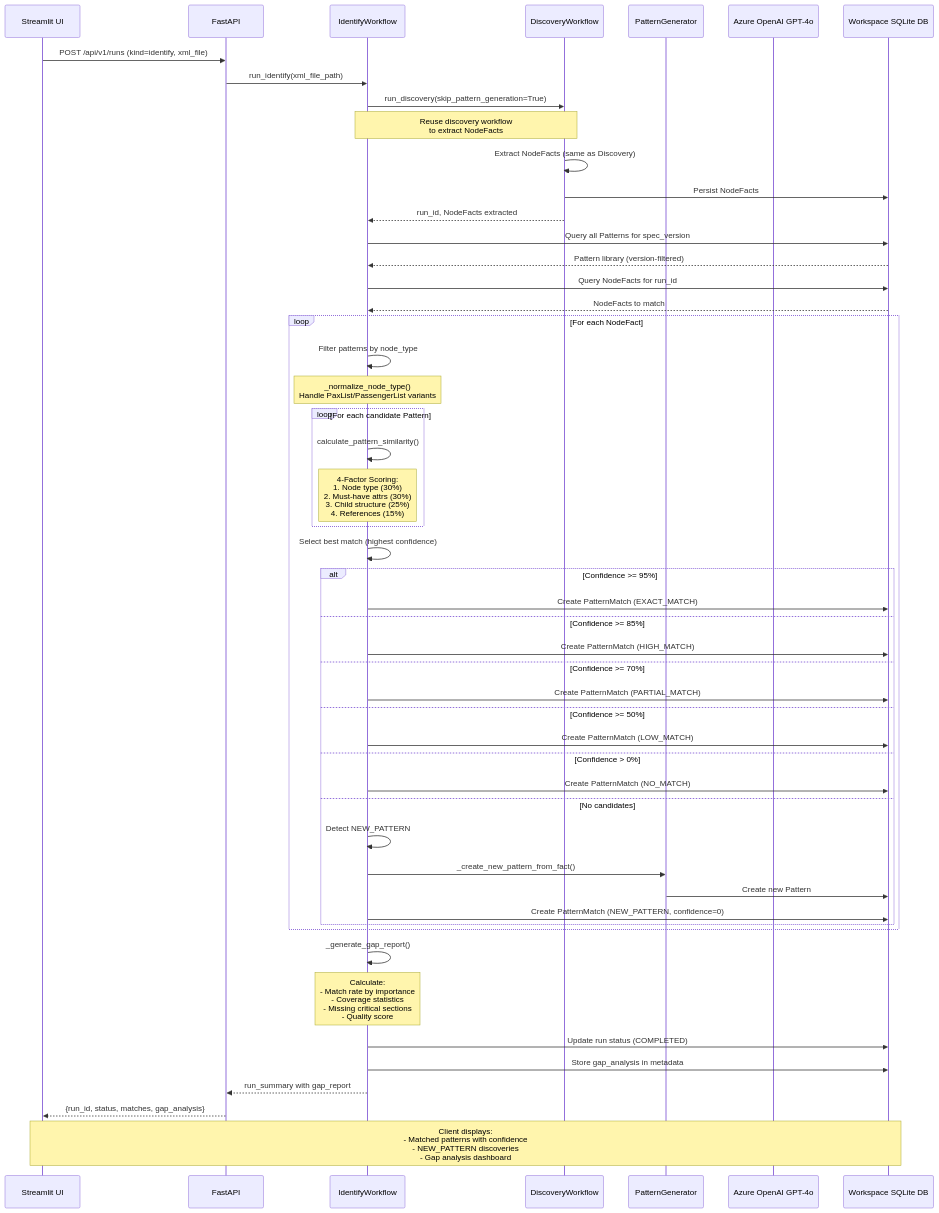
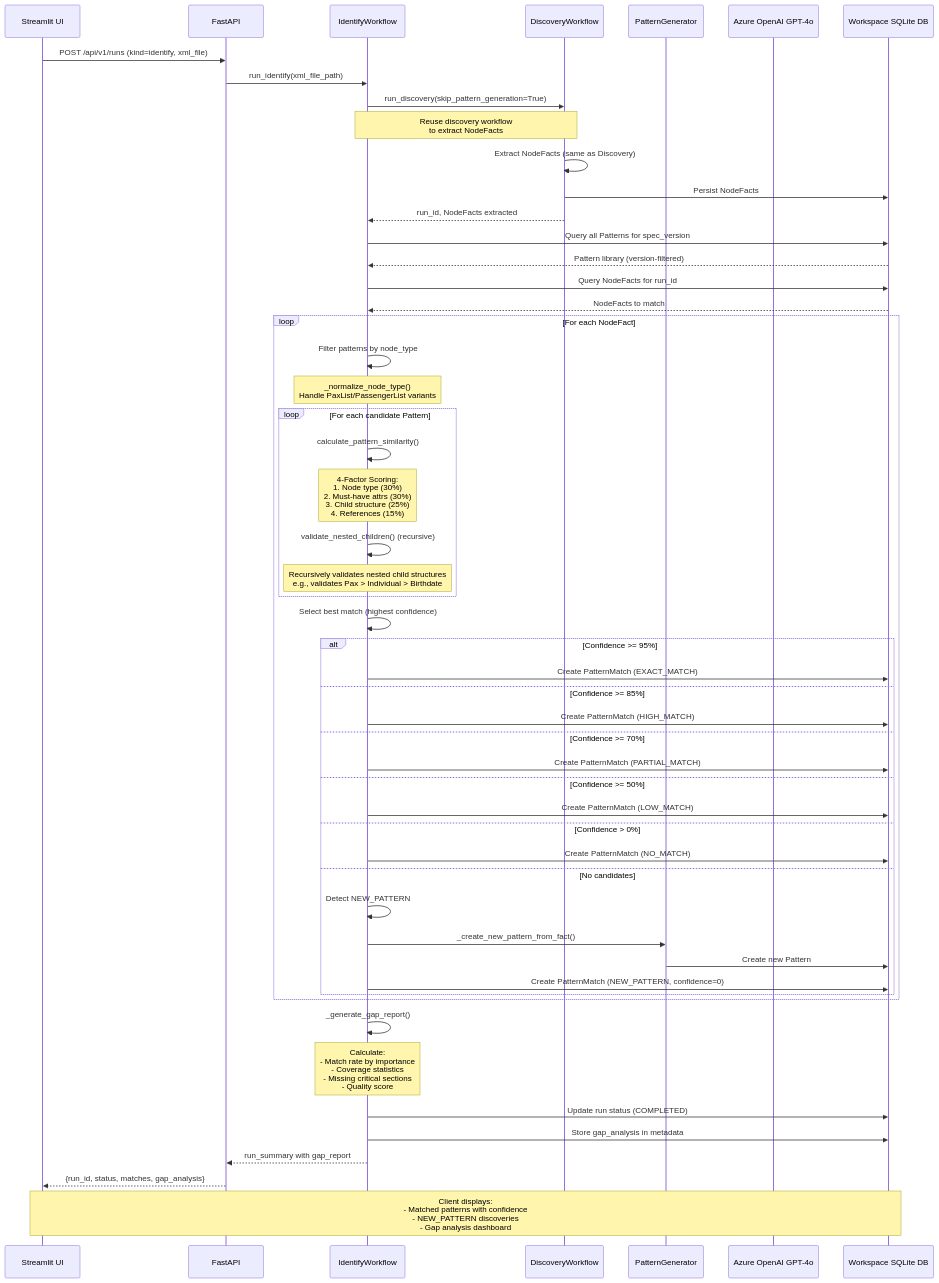
Before and after one commit to nikhil-codes-hub/ad_revamped: the second of 14 diagrams in docs/System_Diagrams.md, drawn with Mermaid. The commit also changed other lines of this file and 1 other file, not shown here.

First line of the commit message:
Update system diagrams to reflect nested children support

````diff
--- a/docs/System_Diagrams.md
+++ b/docs/System_Diagrams.md
@@ -117,66 +122,68 @@
 ```mermaid
 sequenceDiagram
     participant Client as Streamlit UI
     participant API as FastAPI
     participant IW as IdentifyWorkflow
     participant DW as DiscoveryWorkflow
     participant PatGen as PatternGenerator
     participant Azure as Azure OpenAI GPT-4o
     participant WSDb as Workspace SQLite DB
 
     Client->>API: POST /api/v1/runs (kind=identify, xml_file)
     API->>IW: run_identify(xml_file_path)
 
     IW->>DW: run_discovery(skip_pattern_generation=True)
     Note over IW,DW: Reuse discovery workflow<br/>to extract NodeFacts
 
     DW->>DW: Extract NodeFacts (same as Discovery)
     DW->>WSDb: Persist NodeFacts
     DW-->>IW: run_id, NodeFacts extracted
 
     IW->>WSDb: Query all Patterns for spec_version
     WSDb-->>IW: Pattern library (version-filtered)
 
     IW->>WSDb: Query NodeFacts for run_id
     WSDb-->>IW: NodeFacts to match
 
     loop For each NodeFact
         IW->>IW: Filter patterns by node_type
         Note over IW: _normalize_node_type()<br/>Handle PaxList/PassengerList variants
 
         loop For each candidate Pattern
             IW->>IW: calculate_pattern_similarity()
             Note over IW: 4-Factor Scoring:<br/>1. Node type (30%)<br/>2. Must-have attrs (30%)<br/>3. Child structure (25%)<br/>4. References (15%)
+            IW->>IW: validate_nested_children() (recursive)
+            Note over IW: Recursively validates nested child structures<br/>e.g., validates Pax > Individual > Birthdate
         end
 
         IW->>IW: Select best match (highest confidence)
 
         alt Confidence >= 95%
             IW->>WSDb: Create PatternMatch (EXACT_MATCH)
         else Confidence >= 85%
             IW->>WSDb: Create PatternMatch (HIGH_MATCH)
         else Confidence >= 70%
             IW->>WSDb: Create PatternMatch (PARTIAL_MATCH)
         else Confidence >= 50%
             IW->>WSDb: Create PatternMatch (LOW_MATCH)
         else Confidence > 0%
             IW->>WSDb: Create PatternMatch (NO_MATCH)
         else No candidates
             IW->>IW: Detect NEW_PATTERN
             IW->>PatGen: _create_new_pattern_from_fact()
             PatGen->>WSDb: Create new Pattern
             IW->>WSDb: Create PatternMatch (NEW_PATTERN, confidence=0)
         end
     end
 
     IW->>IW: _generate_gap_report()
     Note over IW: Calculate:<br/>- Match rate by importance<br/>- Coverage statistics<br/>- Missing critical sections<br/>- Quality score
 
     IW->>WSDb: Update run status (COMPLETED)
     IW->>WSDb: Store gap_analysis in metadata
 
     IW-->>API: run_summary with gap_report
     API-->>Client: {run_id, status, matches, gap_analysis}
 
     Note over Client,WSDb: Client displays:<br/>- Matched patterns with confidence<br/>- NEW_PATTERN discoveries<br/>- Gap analysis dashboard
 ```
````
